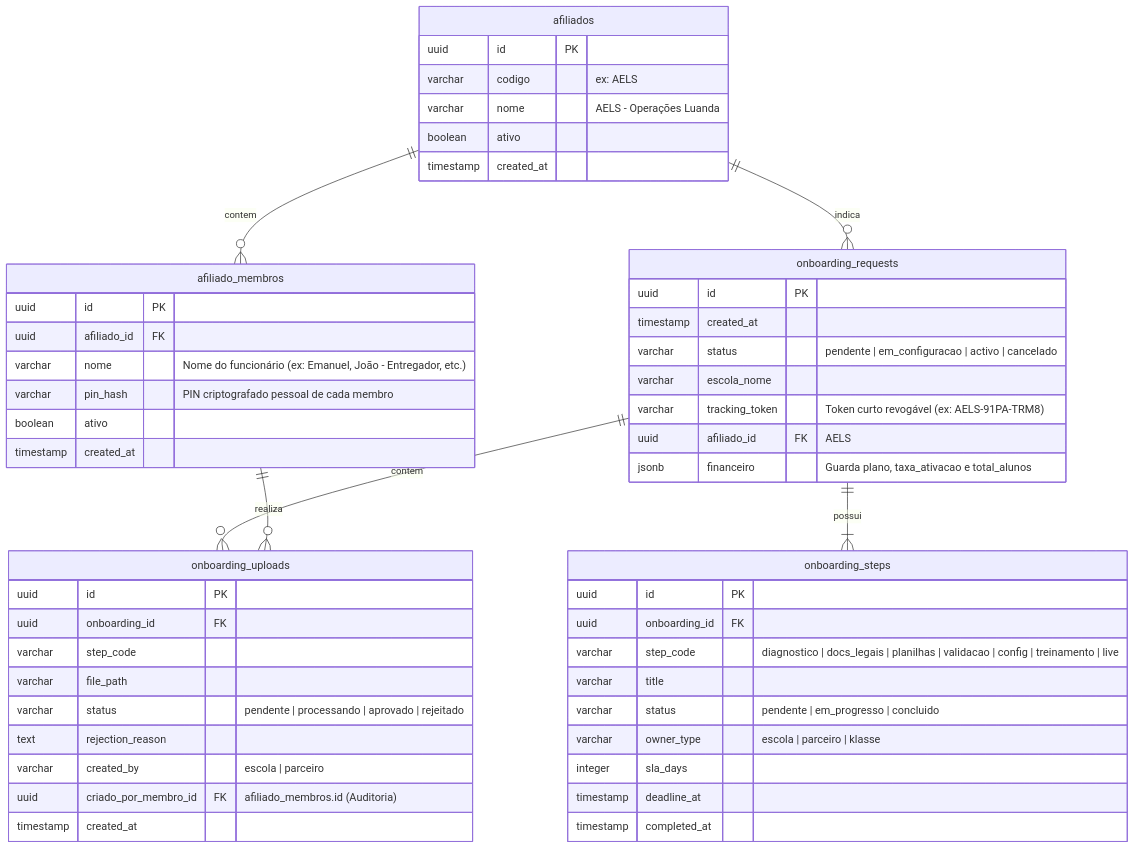
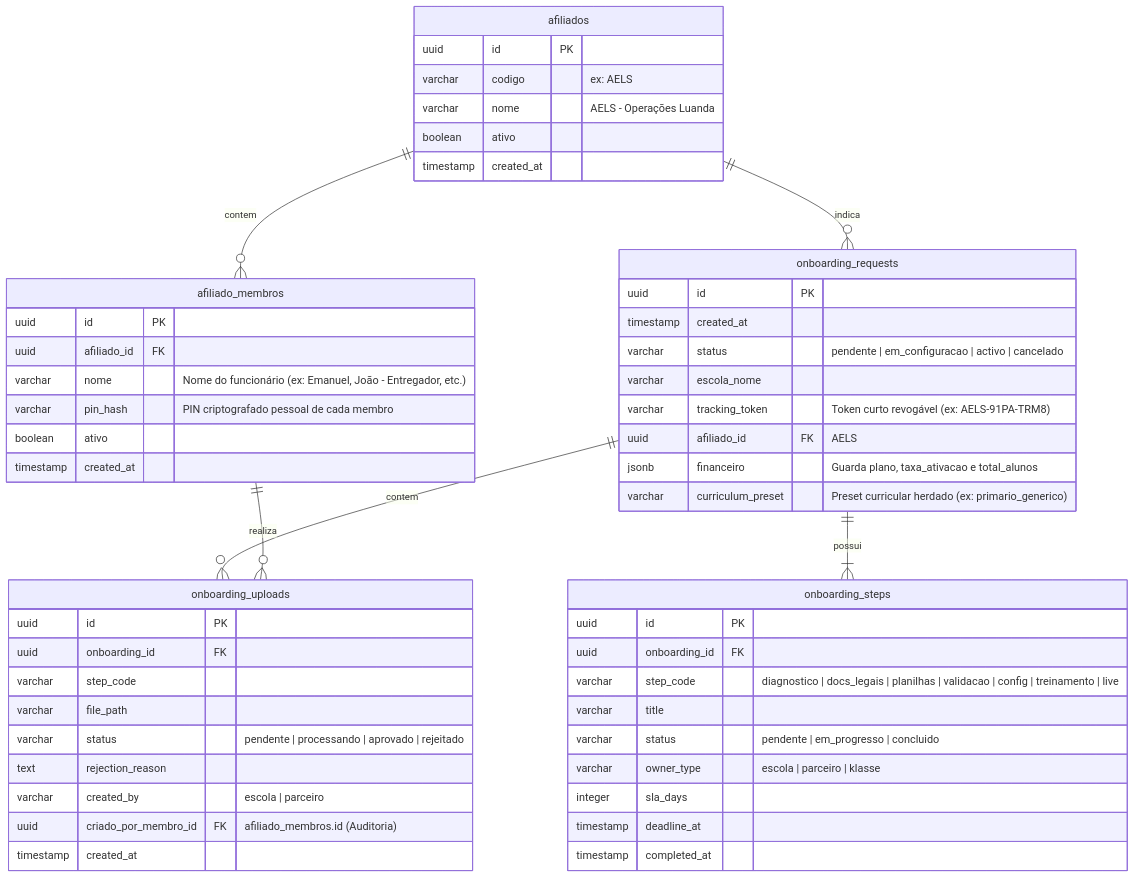
Before and after one commit to moxi-edtech/moxi-edtech: the diagram in plan_crm_execution.md, drawn with Mermaid. The commit also changed 47 other files, not shown here.

````diff
--- a/plan_crm_execution.md
+++ b/plan_crm_execution.md
@@ -43,59 +43,60 @@
 ```mermaid
 erDiagram
     afiliados ||--o{ afiliado_membros : contem
     afiliados ||--o{ onboarding_requests : indica
     onboarding_requests ||--|{ onboarding_steps : possui
     onboarding_requests ||--o{ onboarding_uploads : contem
     afiliado_membros ||--o{ onboarding_uploads : realiza
     
     afiliados {
         uuid id PK
         varchar codigo "ex: AELS"
         varchar nome "AELS - Operações Luanda"
         boolean ativo
         timestamp created_at
     }
 
     afiliado_membros {
         uuid id PK
         uuid afiliado_id FK
         varchar nome "Nome do funcionário (ex: Emanuel, João - Entregador, etc.)"
         varchar pin_hash "PIN criptografado pessoal de cada membro"
         boolean ativo
         timestamp created_at
     }
     
     onboarding_requests {
         uuid id PK
         timestamp created_at
         varchar status "pendente | em_configuracao | activo | cancelado"
         varchar escola_nome
         varchar tracking_token "Token curto revogável (ex: AELS-91PA-TRM8)"
         uuid afiliado_id FK "AELS"
         jsonb financeiro "Guarda plano, taxa_ativacao e total_alunos"
+        varchar curriculum_preset "Preset curricular herdado (ex: primario_generico)"
     }
     
     onboarding_steps {
         uuid id PK
         uuid onboarding_id FK
         varchar step_code "diagnostico | docs_legais | planilhas | validacao | config | treinamento | live"
         varchar title
         varchar status "pendente | em_progresso | concluido"
         varchar owner_type "escola | parceiro | klasse"
         integer sla_days
         timestamp deadline_at
         timestamp completed_at
     }
     
     onboarding_uploads {
         uuid id PK
         uuid onboarding_id FK
         varchar step_code
         varchar file_path
         varchar status "pendente | processando | aprovado | rejeitado"
         text rejection_reason
         varchar created_by "escola | parceiro"
         uuid criado_por_membro_id FK "afiliado_membros.id (Auditoria)"
         timestamp created_at
     }
 ```
````
